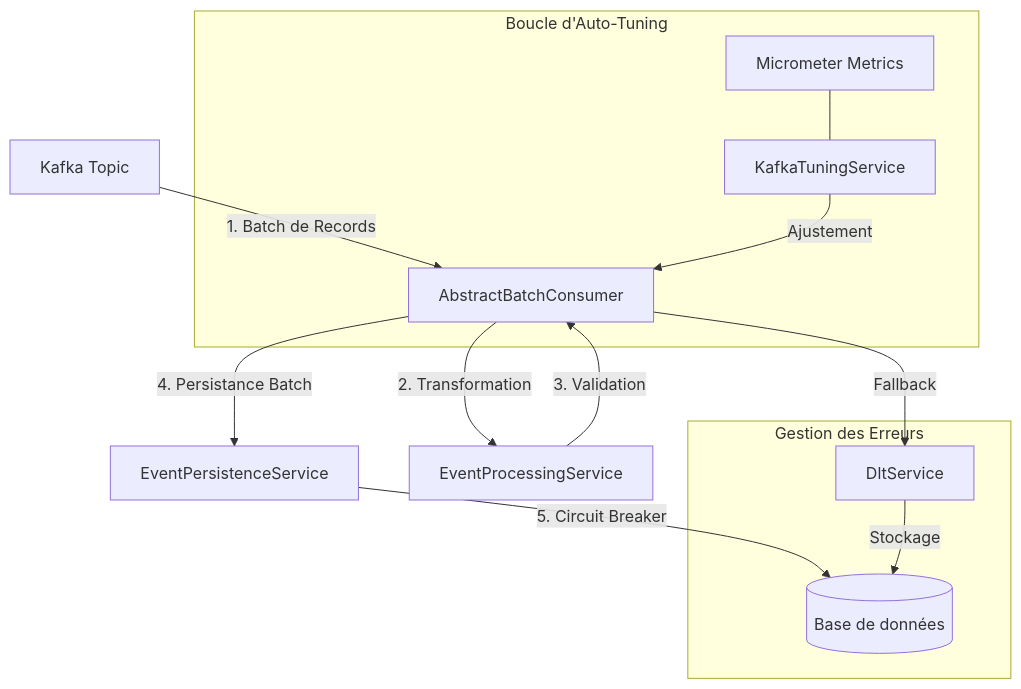
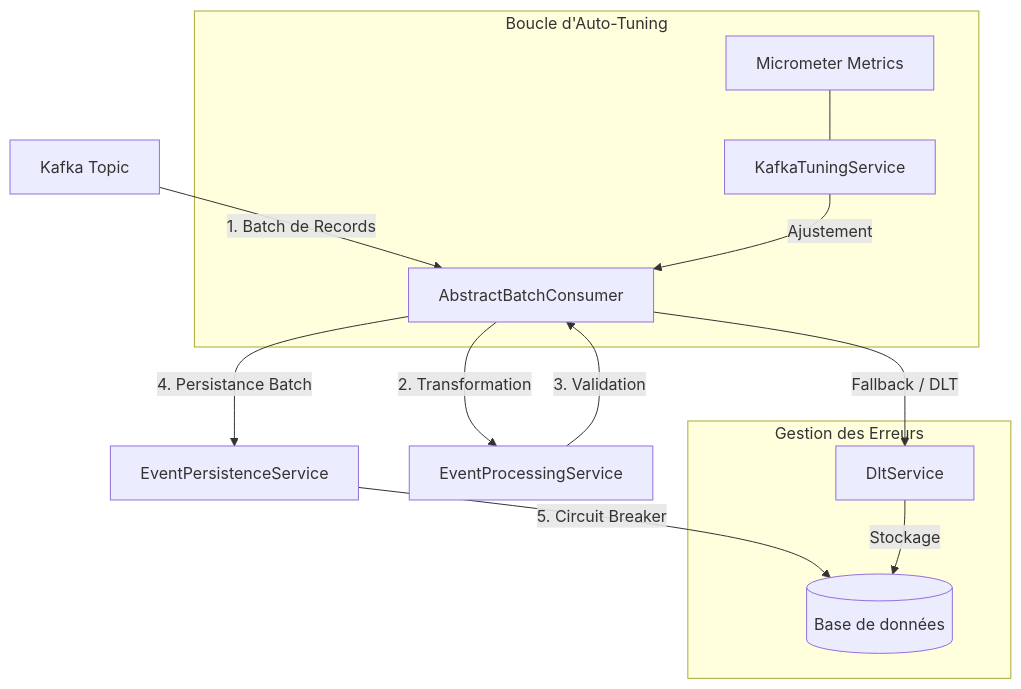
One commit to devdownin/kafkaconsumerautotune changed the diagram in DOCUMENTATION.md. Above: the diagram before and after it, drawn with Mermaid. The commit also changed other lines of this file and 16 other files, not shown here.

````diff
--- a/DOCUMENTATION.md
+++ b/DOCUMENTATION.md
@@ -18,18 +16,18 @@
 ```mermaid
 graph TD
     K[Kafka Topic] -->|1. Batch de Records| C[AbstractBatchConsumer]
     C -->|2. Transformation| P[EventProcessingService]
     P -->|3. Validation| C
     C -->|4. Persistance Batch| S[EventPersistenceService]
     S -->|5. Circuit Breaker| DB[(Base de données)]
 
     subgraph "Boucle d'Auto-Tuning"
         M[Micrometer Metrics] --- T[KafkaTuningService]
         T -->|Ajustement| C
     end
 
     subgraph "Gestion des Erreurs"
-        C -->|Fallback| DLT[DltService]
+        C -->|Fallback / DLT| DLT[DltService]
         DLT -->|Stockage| DB
     end
 ```
````
